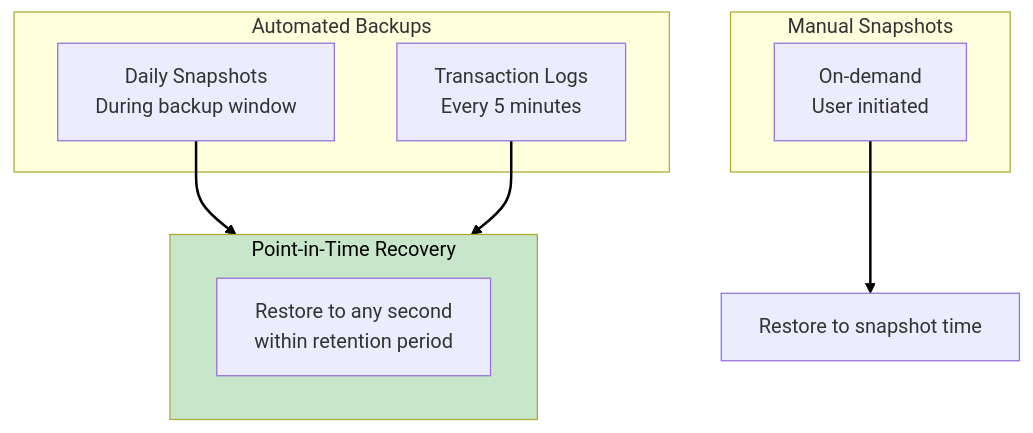
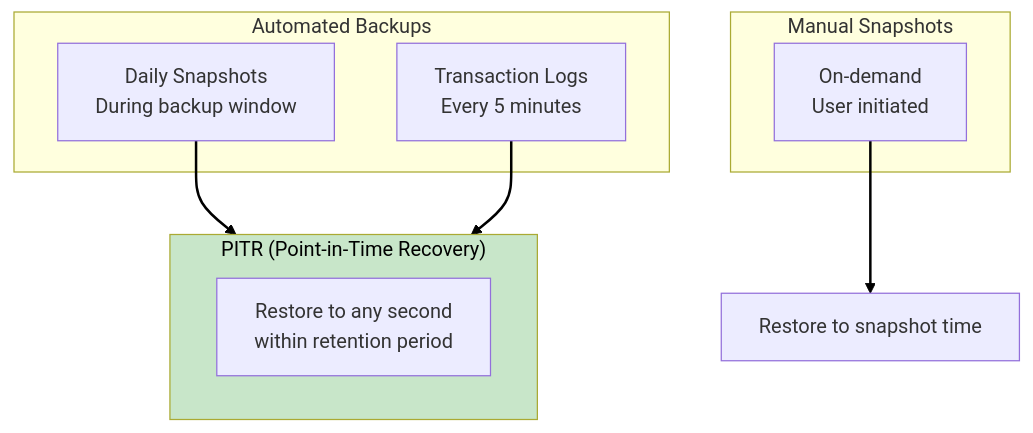
Before and after one commit to benjaminhonorio/aws-architecting: the tenth of 11 diagrams in docs/scenarios/techbooks/phases/phase-2-database-separation.md, drawn with Mermaid. The commit also changed other lines of this file and 5 other files, not shown here.

````diff
--- a/docs/scenarios/techbooks/phases/phase-2-database-separation.md
+++ b/docs/scenarios/techbooks/phases/phase-2-database-separation.md
@@ -555,22 +564,22 @@
 ```mermaid
 flowchart TB
     subgraph Automated["Automated Backups"]
         Daily["Daily Snapshots<br>During backup window"]
         Logs["Transaction Logs<br>Every 5 minutes"]
     end
 
     subgraph Manual["Manual Snapshots"]
         OnDemand["On-demand<br>User initiated"]
     end
 
-    subgraph Recovery["Point-in-Time Recovery"]
+    subgraph Recovery["PITR (Point-in-Time Recovery)"]
         PITR["Restore to any second<br>within retention period"]
     end
 
     Daily --> Recovery
     Logs --> Recovery
     OnDemand --> Restore["Restore to snapshot time"]
 
     style Recovery fill:#c8e6c9,color:#000
     linkStyle default stroke:#000,stroke-width:2px
 ```
````
